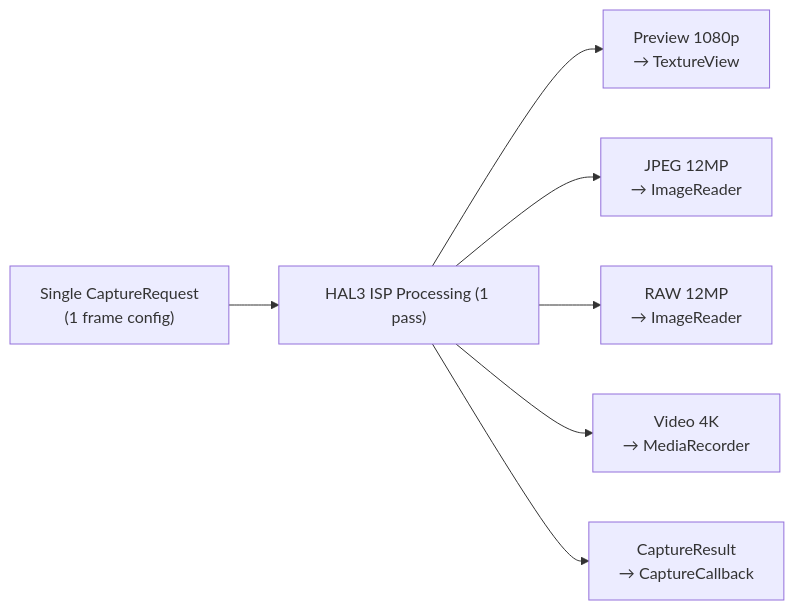
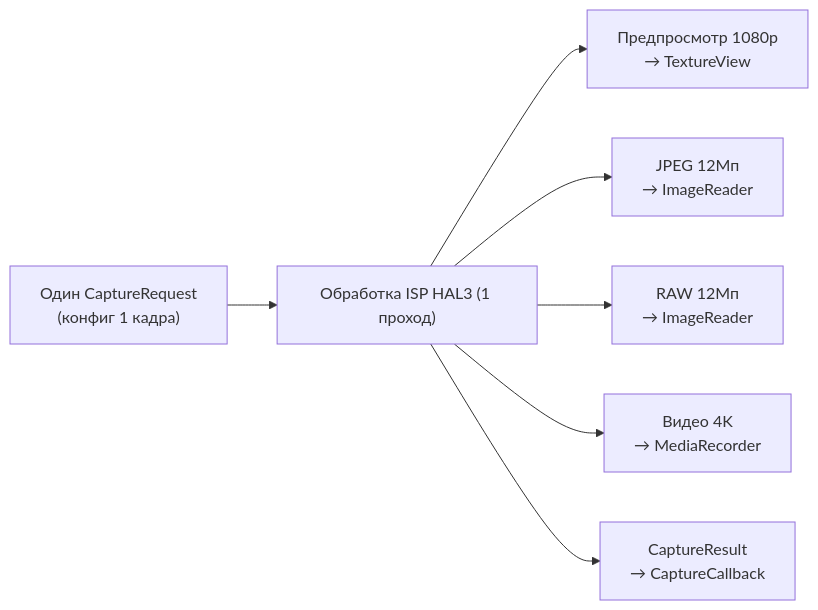
One commit to zoozooll/AndroidCameraParameters changed the third of 4 diagrams in website/i18n/ru/docusaurus-plugin-content-docs/current/camera2/the-camera2-pipeline.md. Above: the diagram before and after it, drawn with Mermaid. The commit also changed other lines of this file and 378 other files, not shown here.

````diff
--- a/website/i18n/ru/docusaurus-plugin-content-docs/current/camera2/the-camera2-pipeline.md
+++ b/website/i18n/ru/docusaurus-plugin-content-docs/current/camera2/the-camera2-pipeline.md
@@ -359,17 +359,17 @@
 ```mermaid
 flowchart LR
-    R["Single CaptureRequest<br/>(1 frame config)"]
-    HAL["HAL3 ISP Processing (1 pass)"]
-    S1["Preview 1080p<br/>→ TextureView"]
-    S2["JPEG 12MP<br/>→ ImageReader"]
-    S3["RAW 12MP<br/>→ ImageReader"]
-    S4["Video 4K<br/>→ MediaRecorder"]
+    R["Один CaptureRequest<br/>(конфиг 1 кадра)"]
+    HAL["Обработка ISP HAL3 (1 проход)"]
+    S1["Предпросмотр 1080p<br/>→ TextureView"]
+    S2["JPEG 12Мп<br/>→ ImageReader"]
+    S3["RAW 12Мп<br/>→ ImageReader"]
+    S4["Видео 4K<br/>→ MediaRecorder"]
     RESULT["CaptureResult<br/>→ CaptureCallback"]
 
     R --> HAL
     HAL --> S1
     HAL --> S2
     HAL --> S3
     HAL --> S4
     HAL --> RESULT
 ```
````
